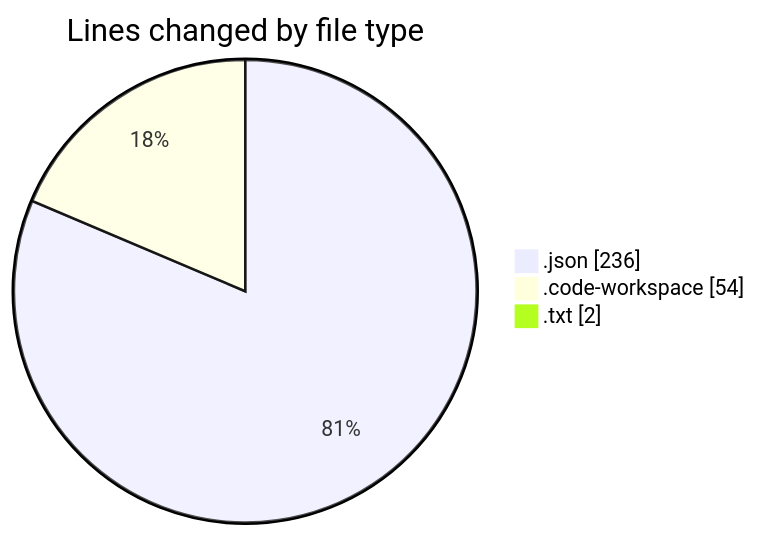
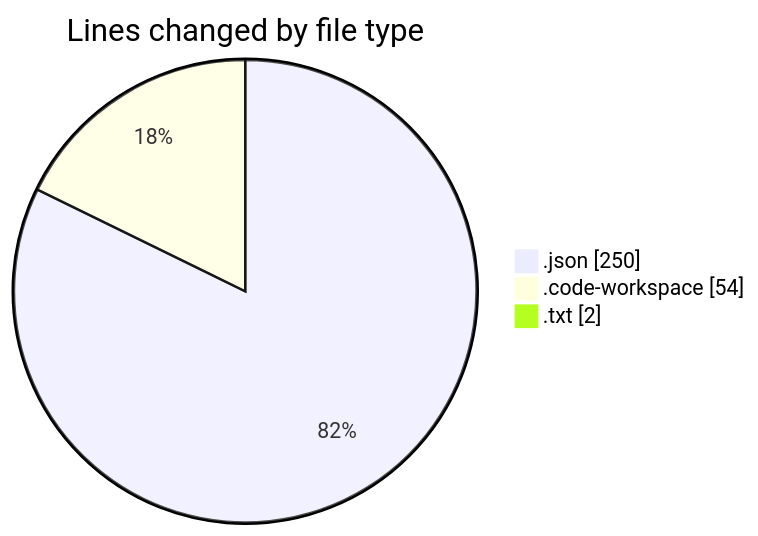
Before and after one commit to jadenblack/code-tracking: the first of 2 diagrams in 2026-02-24/workbench__workspace_/README.md, drawn with Mermaid. The commit also changed other lines of this file and 1 other file, not shown here.

````diff
--- a/2026-02-24/workbench__workspace_/README.md
+++ b/2026-02-24/workbench__workspace_/README.md
@@ -23,7 +24,7 @@
 ```mermaid
 pie showData
 title Lines changed by file type
-".json" : 236
+".json" : 250
 ".code-workspace" : 54
 ".txt" : 2
 ```
````
